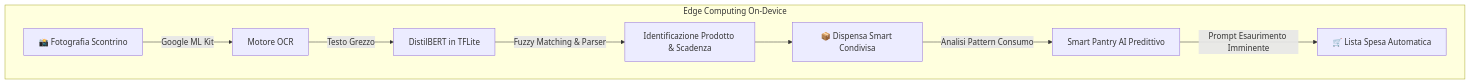
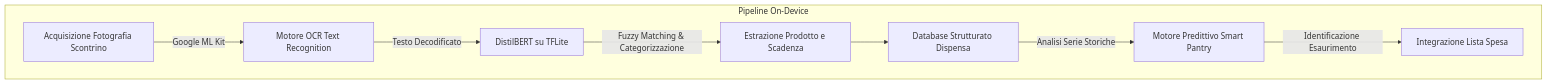
The first of 3 diagrams in README.md (YuliaD2609/AvanziZero), drawn with Mermaid before and after one commit. The commit also changed other lines of this file, not shown here.

````diff
--- a/README.md
+++ b/README.md
@@ -64,11 +63,11 @@
 ```mermaid
 flowchart TD
-    subgraph Edge Computing On-Device
-        A[📸 Fotografia Scontrino] -->|Google ML Kit| B[Motore OCR]
-        B -->|Testo Grezzo| C[DistilBERT in TFLite]
-        C -->|Fuzzy Matching & Parser| D[Identificazione Prodotto & Scadenza]
-        D --> E[📦 Dispensa Smart Condivisa]
-        E -->|Analisi Pattern Consumo| F[Smart Pantry AI Predittivo]
-        F -->|Prompt Esaurimento Imminente| G[🛒 Lista Spesa Automatica]
+    subgraph Pipeline On-Device
+        A[Acquisizione Fotografia Scontrino] -->|Google ML Kit| B[Motore OCR Text Recognition]
+        B -->|Testo Decodificato| C[DistilBERT su TFLite]
+        C -->|Fuzzy Matching & Categorizzazione| D[Estrazione Prodotto e Scadenza]
+        D --> E[Database Strutturato Dispensa]
+        E -->|Analisi Serie Storiche| F[Motore Predittivo Smart Pantry]
+        F -->|Identificazione Esaurimento| G[Integrazione Lista Spesa]
     end
 ```
````
